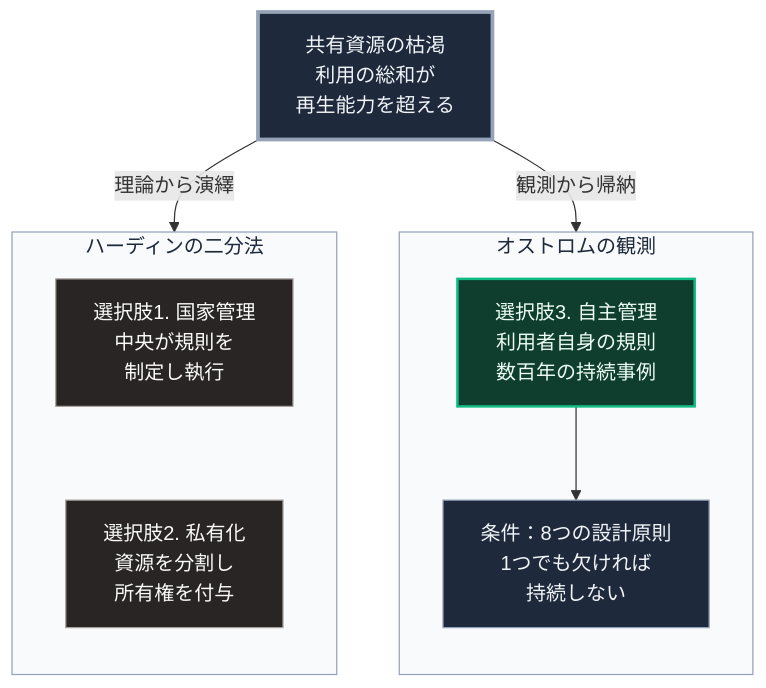
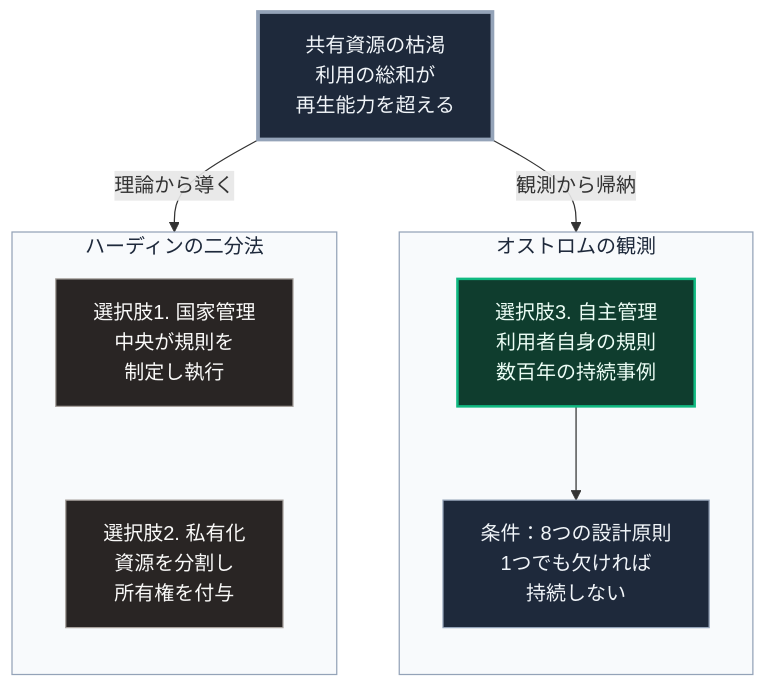
The diagram in books/sovereign-resilience-blueprint/43_governing-the-commons-rediscovery.md (Takenori-Kusaka/zenn-content), drawn with Mermaid before and after one commit. The commit also changed 15 other files, not shown here.

````diff
--- a/books/sovereign-resilience-blueprint/43_governing-the-commons-rediscovery.md
+++ b/books/sovereign-resilience-blueprint/43_governing-the-commons-rediscovery.md
@@ -59,22 +59,22 @@
 ```mermaid
 flowchart TD
     P[共有資源の枯渇<br>利用の総和が<br>再生能力を超える]
-    P -->|理論から演繹| G1
+    P -->|理論から導く| G1
     P -->|観測から帰納| G2
     subgraph G1[ハーディンの二分法]
         direction TB
         A[選択肢1. 国家管理<br>中央が規則を<br>制定し執行] ~~~ B[選択肢2. 私有化<br>資源を分割し<br>所有権を付与]
     end
     subgraph G2[オストロムの観測]
         direction TB
         C[選択肢3. 自主管理<br>利用者自身の規則<br>数百年の持続事例] --> K[条件：8つの設計原則<br>1つでも欠ければ<br>持続しない]
     end
 
     style P fill:#1e293b,stroke:#94a3b8,stroke-width:3px,color:#f1f5f9
     style A fill:#292524,stroke:#a8a29e,color:#fafaf9
     style B fill:#292524,stroke:#a8a29e,color:#fafaf9
     style C fill:#0f3d2e,stroke:#10b981,stroke-width:2px,color:#ecfdf5
     style K fill:#1e293b,stroke:#94a3b8,color:#f1f5f9
     style G1 fill:#f8fafc,stroke:#94a3b8,color:#1e293b
     style G2 fill:#f8fafc,stroke:#94a3b8,color:#1e293b
 ```
````
